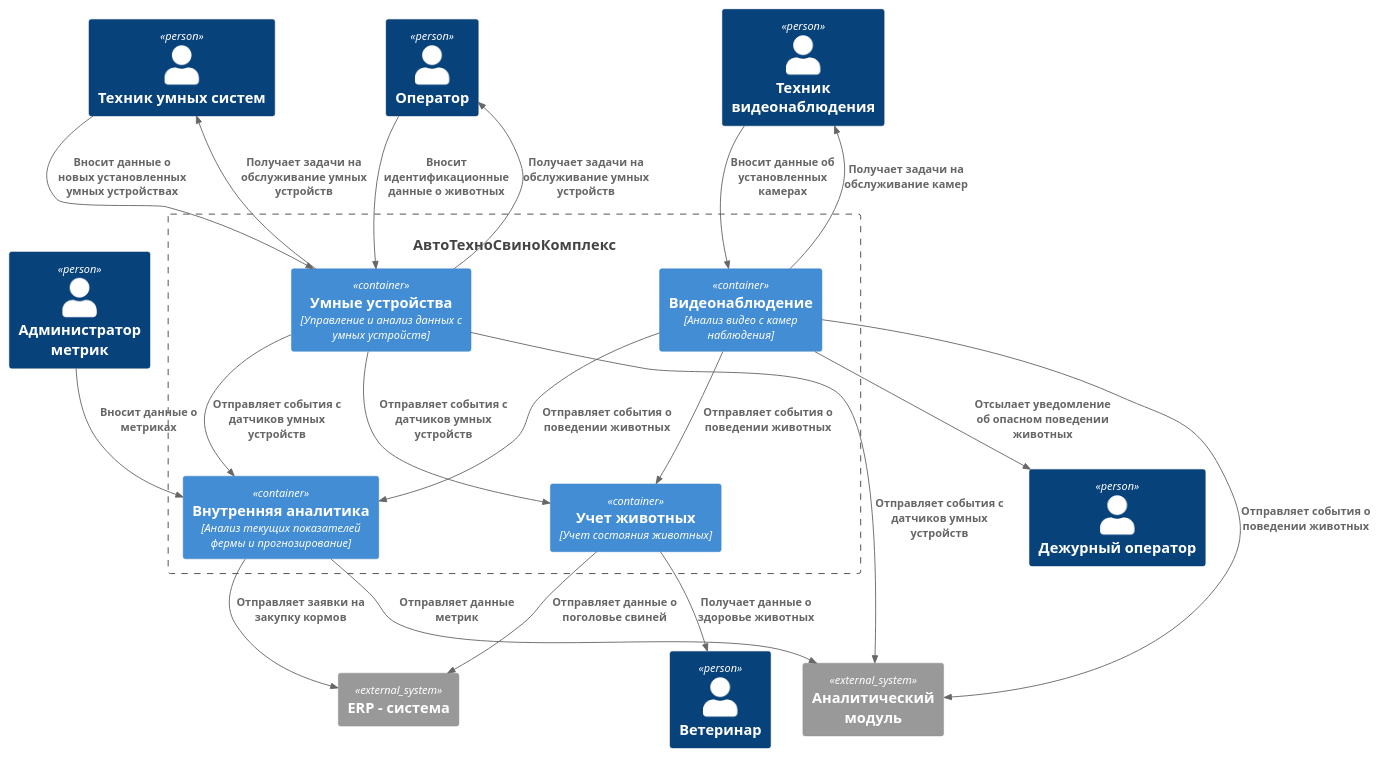
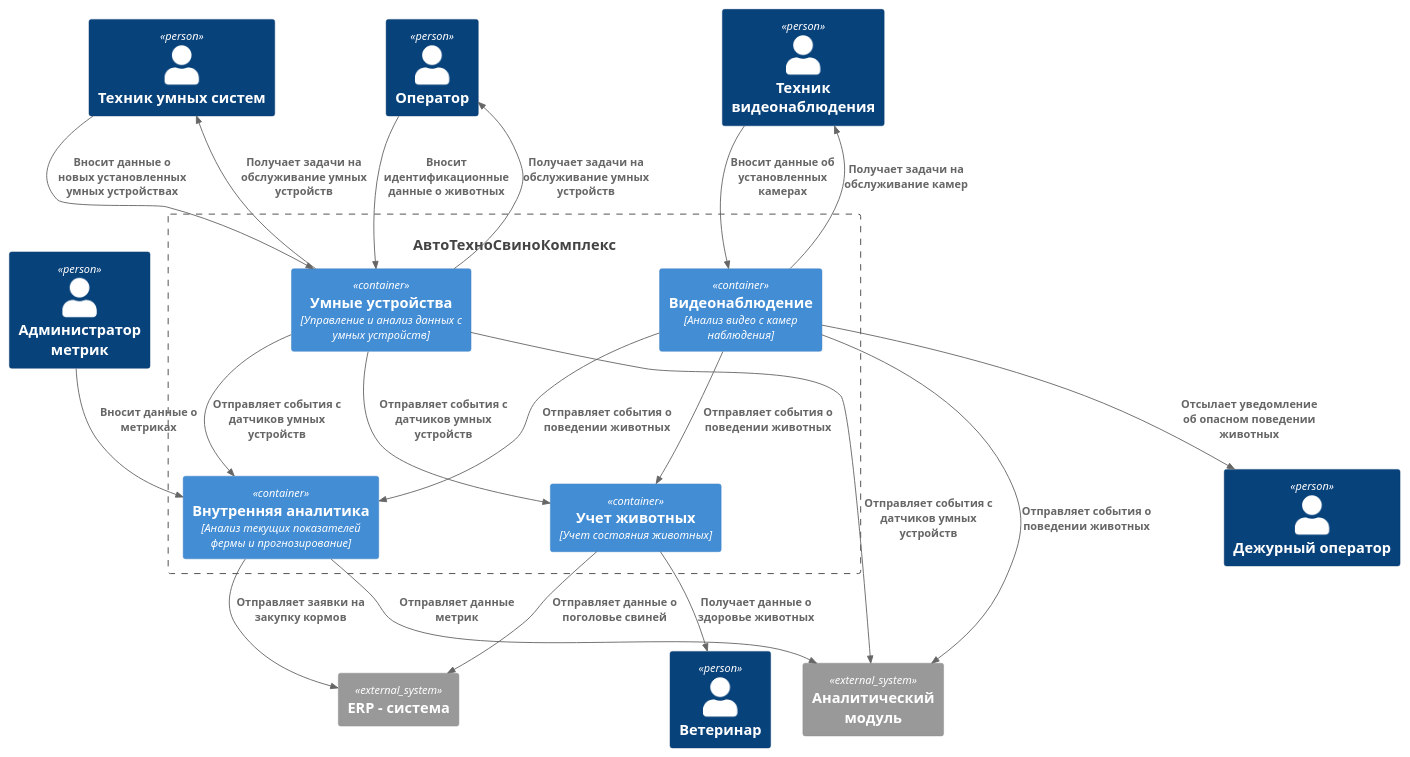
The diagram in Task2/ATCK_C4_Containers_Alternative.puml (mirray/MSA-AgroTech), drawn with PlantUML before and after one commit.

Commit message:
correct alternative solution

```diff
--- a/Task2/ATCK_C4_Containers_Alternative.puml
+++ b/Task2/ATCK_C4_Containers_Alternative.puml
@@ -1,48 +1,47 @@
 @startuml Архитектура_АвтоТехноСвиноКомплекс_v1_Альтернативное_Решение
-!include <C4/C4_Container>
 !include <C4/C4_Container>
 
 ' === Участники ===
 Person(duty_operator, "Дежурный оператор")
 Person(technican, "Техник умных систем")
 Person(cv_technican, "Техник видеонаблюдения")
 Person(operator, "Оператор")
 Person(vet, "Ветеринар")
 Person(metric_admin, "Администратор метрик")
 
 System(atck, "АвтоТехноСвиноКомплекс")
 System_Ext(analytic, "Аналитический модуль")
 System_Ext(erp, "ERP - система")
 
 System_Boundary(atck, "АвтоТехноСвиноКомплекс"){
+    Container(c_iot, "Умные устройства", "Управление и анализ данных с умных устройств")
     Container(c_video, "Видеонаблюдение", "Анализ видео с камер наблюдения")
-    Container(c_iot, "Умные устройства", "Управление и анализ данных с умных устройств")
     Container(c_registry, "Учет животных", "Учет состояния животных")
     Container(c_analytic, "Внутренняя аналитика", "Анализ текущих показателей фермы и прогнозирование")
 }
 
 Rel(c_video, c_registry, "Отправляет события о поведении животных")
 Rel(c_video, c_analytic, "Отправляет события о поведении животных")
 Rel(c_video, analytic, "Отправляет события о поведении животных")
 Rel(cv_technican, c_video,"Вносит данные об установленных камерах")
 Rel(c_video, cv_technican, "Получает задачи на обслуживание камер")
 Rel(c_video, duty_operator, "Отсылает уведомление об опасном поведении животных")
 
 Rel(c_iot, c_registry, "Отправляет события с датчиков умных устройств")
 Rel(c_iot, c_analytic, "Отправляет события с датчиков умных устройств")
 Rel(c_iot, analytic, "Отправляет события с датчиков умных устройств")
 Rel(c_iot, operator, "Получает задачи на обслуживание умных устройств")
 
 Rel(technican, c_iot,"Вносит данные о новых установленных умных устройствах")
 Rel(c_iot, technican, "Получает задачи на обслуживание умных устройств")
 
 Rel(operator, c_iot, "Вносит идентификационные данные о животных")
 
 Rel(c_registry, vet, "Получает данные о здоровье животных")
 Rel(c_registry, erp, "Отправляет данные о поголовье свиней")
 
 Rel(c_analytic, erp, "Отправляет заявки на закупку кормов")
 Rel(metric_admin, c_analytic,"Вносит данные о метриках")
 
 Rel(c_analytic, analytic, "Отправляет данные метрик")
 @enduml
```
